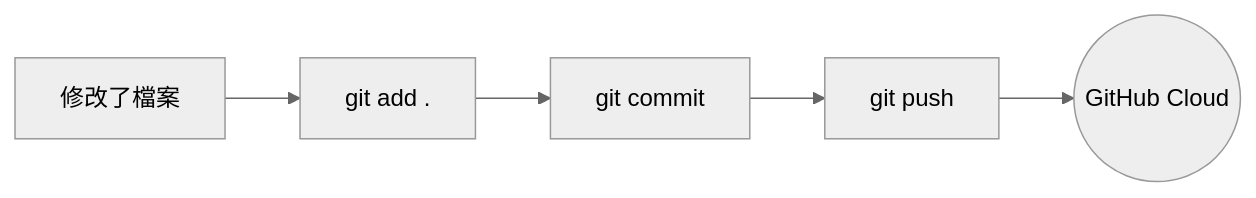
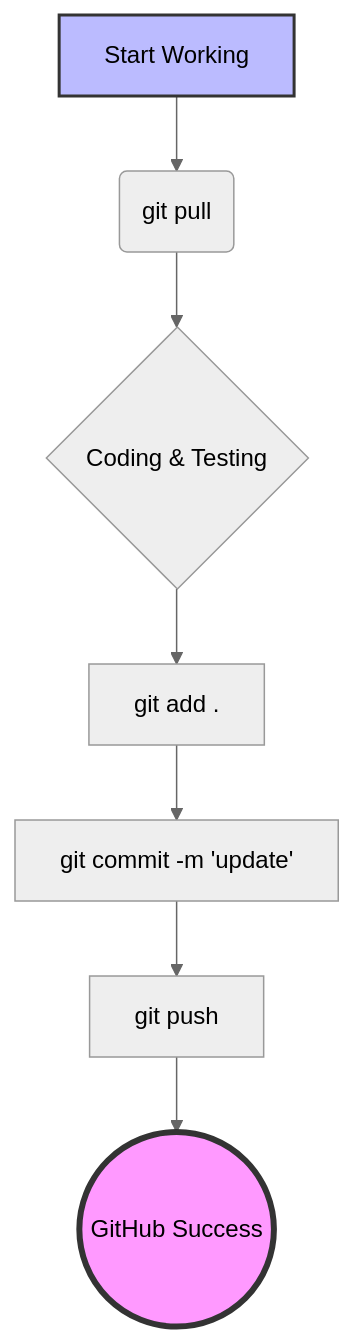
Before and after one commit to Yile516/AI_Rehab_System: the second of 2 diagrams in README.md, drawn with Mermaid (neutral theme). The commit also changed other lines of this file, not shown here.

````diff
--- a/README.md
+++ b/README.md
@@ -35,7 +165,12 @@
 ```mermaid
-graph LR
-    A[修改了檔案] --> B[git add .]
-    B --> C[git commit]
-    C --> D[git push]
-    D --> E((GitHub Cloud))
+graph TD
+    A[Start Working] --> B(git pull)
+    B --> C{Coding & Testing}
+    C --> D[git add .]
+    D --> E[git commit -m 'update']
+    E --> F[git push]
+    F --> G((GitHub Success))
+
+    style G fill:#f9f,stroke:#333,stroke-width:4px
+    style A fill:#bbf,stroke:#333,stroke-width:2px
 ```
````
